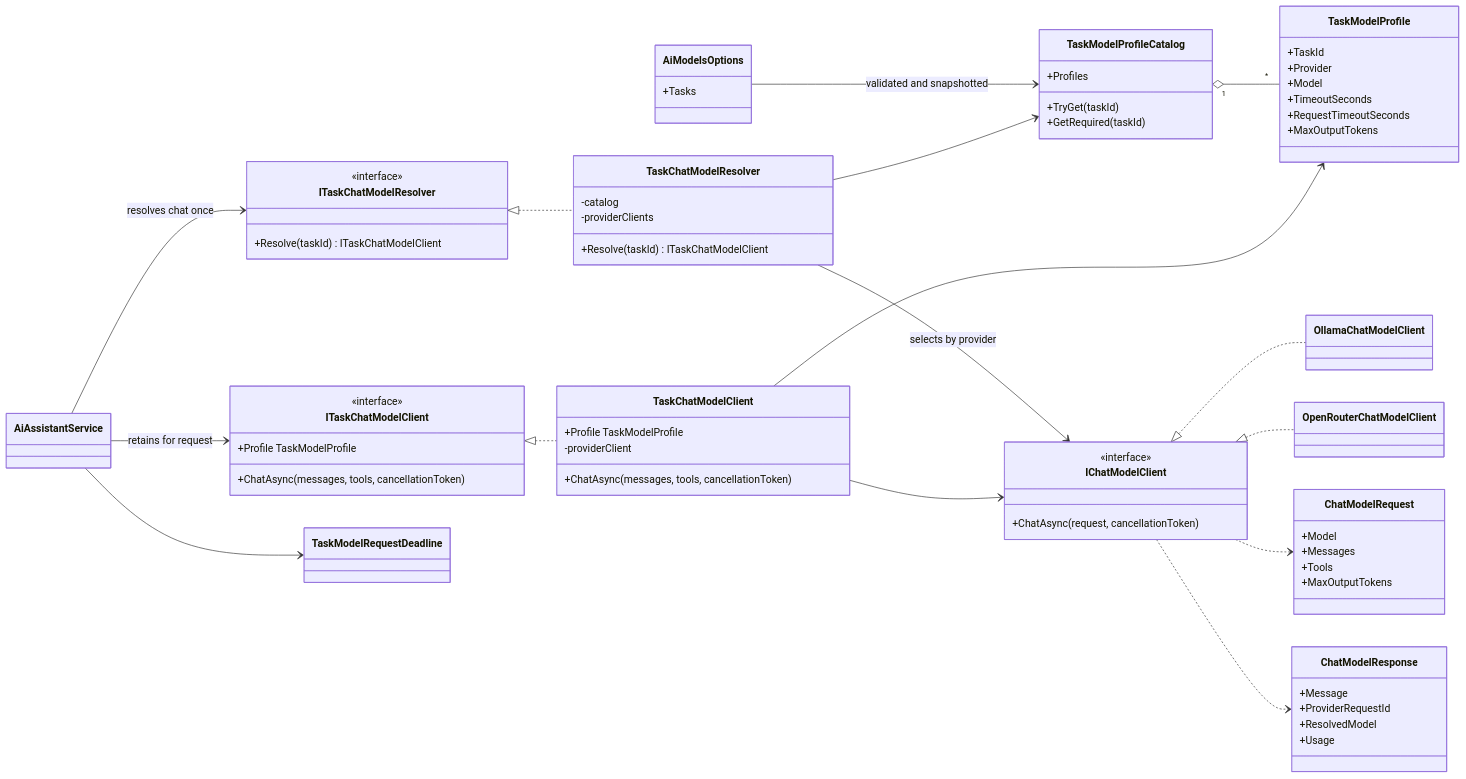
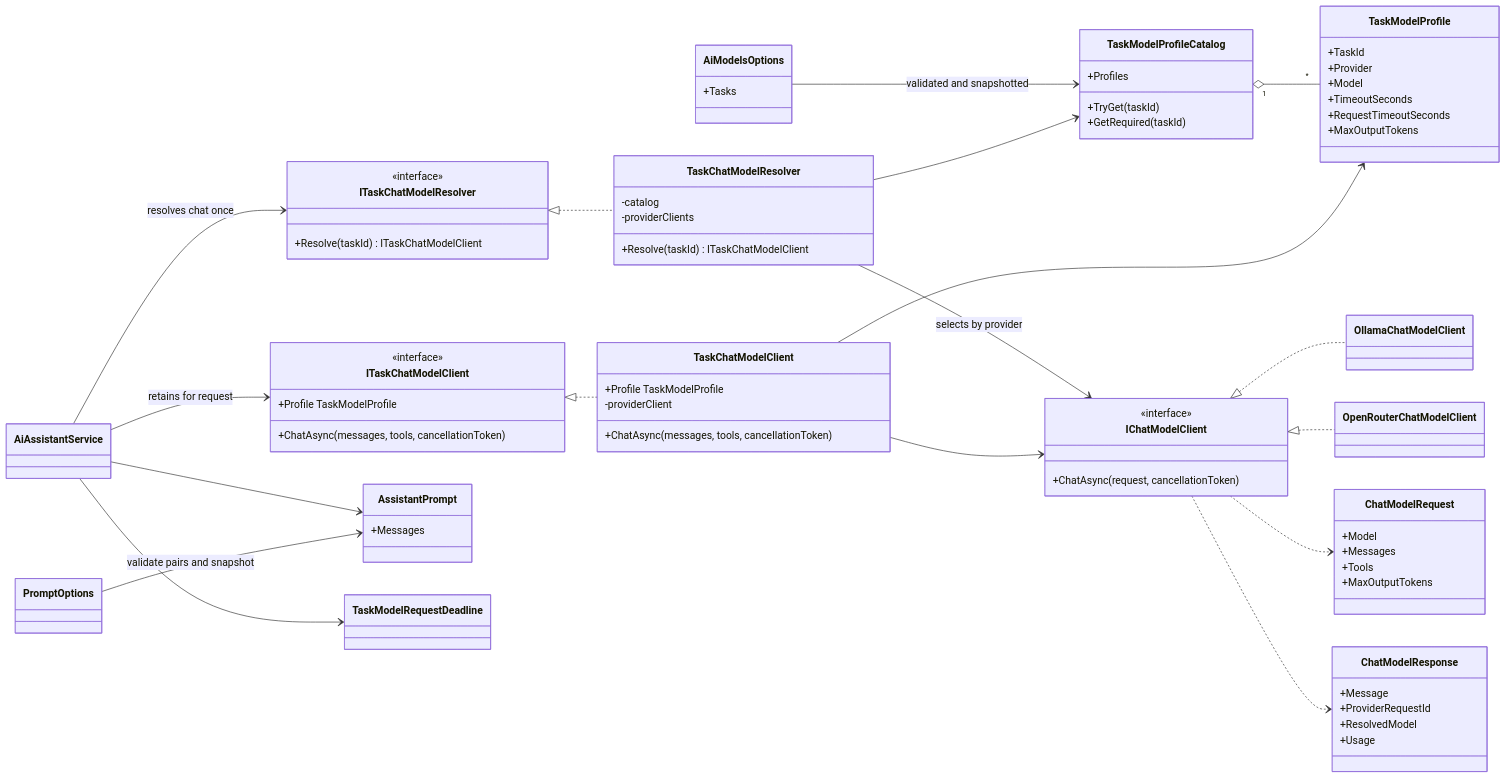
One commit to trant347/e-commerce-learning changed the first of 2 diagrams in docs/OPENROUTER_INTEGRATION_SPEC.md. Above: the diagram before and after it, drawn with Mermaid. The commit also changed other lines of this file and 17 other files, not shown here.

````diff
--- a/docs/OPENROUTER_INTEGRATION_SPEC.md
+++ b/docs/OPENROUTER_INTEGRATION_SPEC.md
@@ -304,6 +304,10 @@
     }
 
     class AiAssistantService
+    class AssistantPrompt {
+        +Messages
+    }
+    class PromptOptions
     class TaskModelRequestDeadline
 
     AiModelsOptions --> TaskModelProfileCatalog : validated and snapshotted
@@ -321,4 +325,6 @@
     AiAssistantService --> ITaskChatModelResolver : resolves chat once
     AiAssistantService --> ITaskChatModelClient : retains for request
     AiAssistantService --> TaskModelRequestDeadline
+    AiAssistantService --> AssistantPrompt
+    PromptOptions --> AssistantPrompt : validate pairs and snapshot
 ```
````
